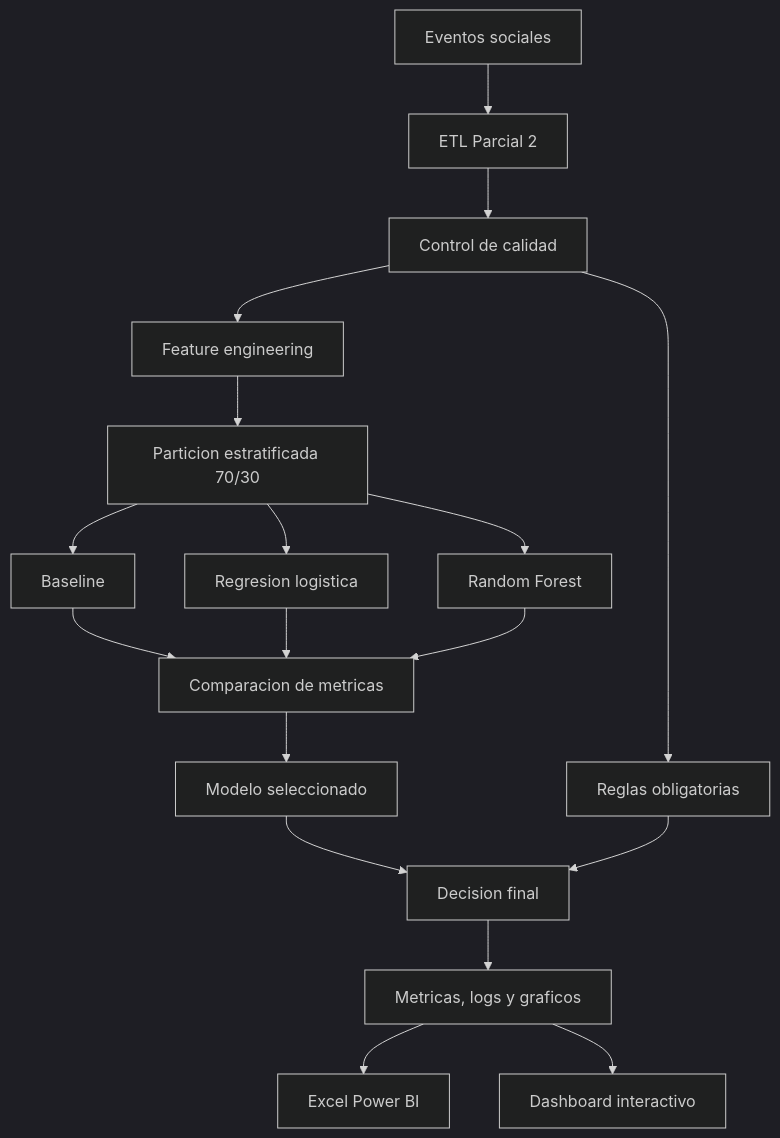
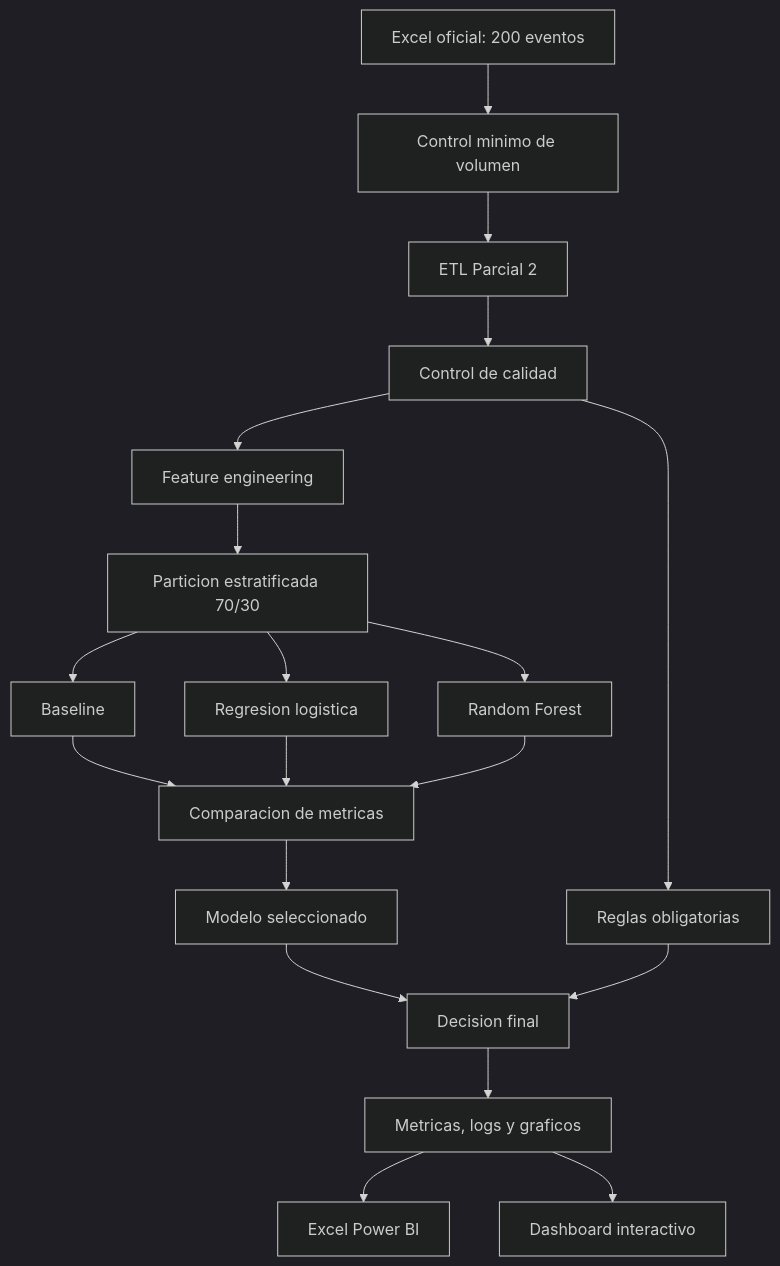
One commit to vicentehueichapan/ProyecGEIA changed the second of 2 diagrams in README.md. Above: the diagram before and after it, drawn with Mermaid (dark theme). The commit also changed other lines of this file and 60 other files, not shown here.

Commit message:
feat: integrar dataset Excel de 200 eventos

````diff
--- a/README.md
+++ b/README.md
@@ -103,20 +108,21 @@
 ```mermaid
 flowchart TD
-    A["Eventos sociales"] --> B["ETL Parcial 2"]
-    B --> C["Control de calidad"]
-    C --> D["Feature engineering"]
-    D --> E["Particion estratificada 70/30"]
-    E --> F["Baseline"]
-    E --> G["Regresion logistica"]
-    E --> H["Random Forest"]
-    F --> I["Comparacion de metricas"]
-    G --> I
-    H --> I
-    I --> J["Modelo seleccionado"]
-    C --> K["Reglas obligatorias"]
-    J --> L["Decision final"]
-    K --> L
-    L --> M["Metricas, logs y graficos"]
-    M --> N["Excel Power BI"]
-    M --> O["Dashboard interactivo"]
+    A["Excel oficial: 200 eventos"] --> B["Control minimo de volumen"]
+    B --> C["ETL Parcial 2"]
+    C --> D["Control de calidad"]
+    D --> E["Feature engineering"]
+    E --> F["Particion estratificada 70/30"]
+    F --> G["Baseline"]
+    F --> H["Regresion logistica"]
+    F --> I["Random Forest"]
+    G --> J["Comparacion de metricas"]
+    H --> J
+    I --> J
+    J --> K["Modelo seleccionado"]
+    D --> L["Reglas obligatorias"]
+    K --> M["Decision final"]
+    L --> M
+    M --> N["Metricas, logs y graficos"]
+    N --> O["Excel Power BI"]
+    N --> P["Dashboard interactivo"]
 ```
````
